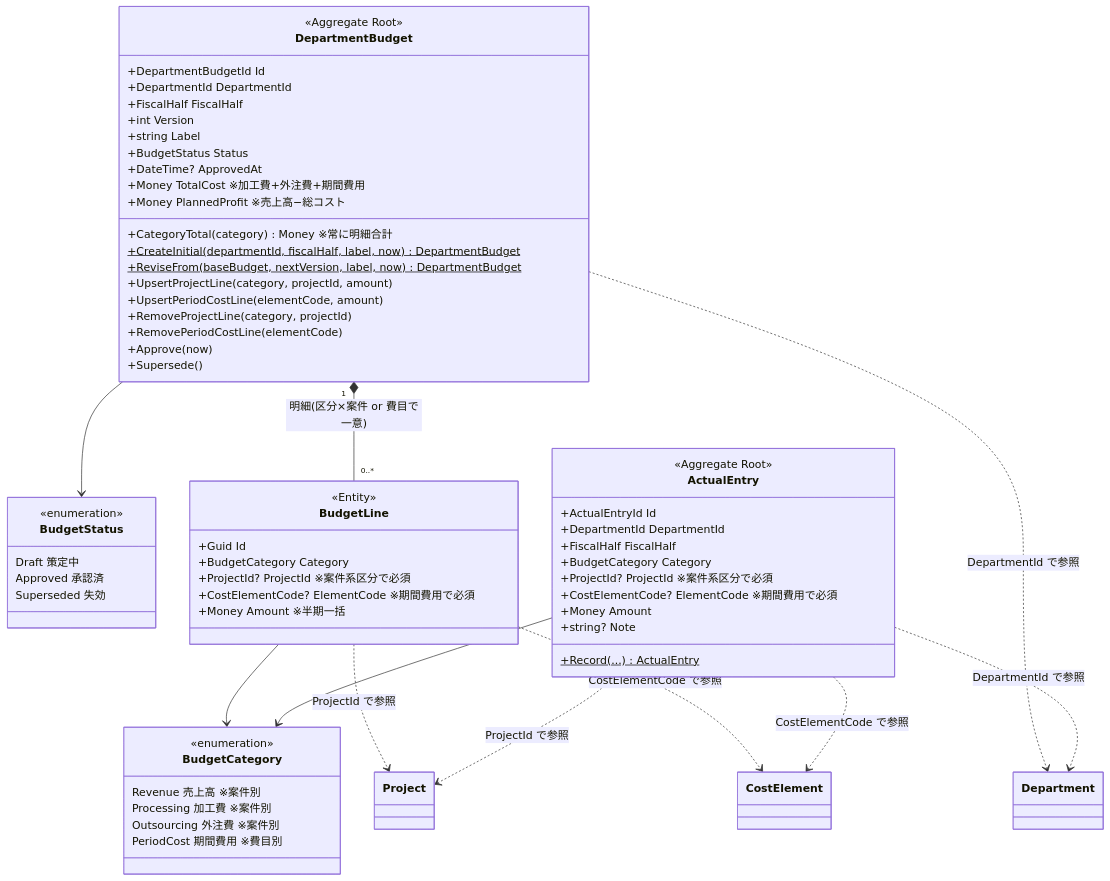
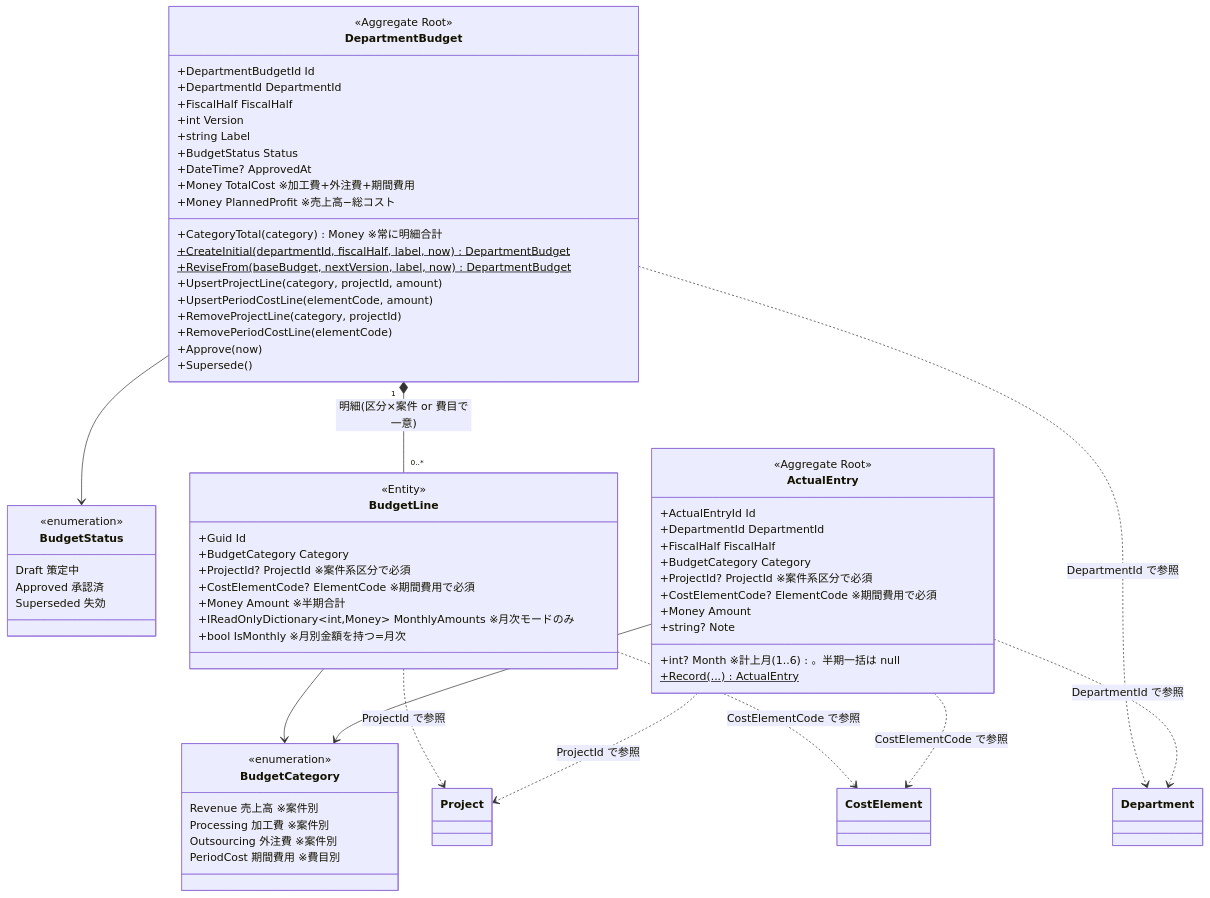
One commit to kyamanaka0923/fcpl-cost-management-system changed the seventh of 9 diagrams in docs/DESIGN.md. Above: the diagram before and after it, drawn with Mermaid. The commit also changed other lines of this file and 27 other files, not shown here.

````diff
--- a/docs/DESIGN.md
+++ b/docs/DESIGN.md
@@ -226,70 +226,73 @@
 ```mermaid
 classDiagram
     class BudgetStatus {
         <<enumeration>>
         Draft 策定中
         Approved 承認済
         Superseded 失効
     }
     class BudgetCategory {
         <<enumeration>>
         Revenue 売上高 ※案件別
         Processing 加工費 ※案件別
         Outsourcing 外注費 ※案件別
         PeriodCost 期間費用 ※費目別
     }
 
     class DepartmentBudget {
         <<Aggregate Root>>
         +DepartmentBudgetId Id
         +DepartmentId DepartmentId
         +FiscalHalf FiscalHalf
         +int Version
         +string Label
         +BudgetStatus Status
         +DateTime? ApprovedAt
         +CategoryTotal(category) Money ※常に明細合計
         +Money TotalCost ※加工費+外注費+期間費用
         +Money PlannedProfit ※売上高−総コスト
         +CreateInitial(departmentId, fiscalHalf, label, now) DepartmentBudget$
         +ReviseFrom(baseBudget, nextVersion, label, now) DepartmentBudget$
         +UpsertProjectLine(category, projectId, amount)
         +UpsertPeriodCostLine(elementCode, amount)
         +RemoveProjectLine(category, projectId)
         +RemovePeriodCostLine(elementCode)
         +Approve(now)
         +Supersede()
     }
     class BudgetLine {
         <<Entity>>
         +Guid Id
         +BudgetCategory Category
         +ProjectId? ProjectId ※案件系区分で必須
         +CostElementCode? ElementCode ※期間費用で必須
-        +Money Amount ※半期一括
+        +Money Amount ※半期合計
+        +IReadOnlyDictionary~int,Money~ MonthlyAmounts ※月次モードのみ
+        +bool IsMonthly ※月別金額を持つ=月次
     }
 
     class ActualEntry {
         <<Aggregate Root>>
         +ActualEntryId Id
         +DepartmentId DepartmentId
         +FiscalHalf FiscalHalf
         +BudgetCategory Category
         +ProjectId? ProjectId ※案件系区分で必須
         +CostElementCode? ElementCode ※期間費用で必須
+        +int? Month ※計上月(1..6)。半期一括は null
         +Money Amount
         +string? Note
         +Record(...) ActualEntry$
     }
 
     DepartmentBudget "1" *-- "0..*" BudgetLine : 明細(区分×案件 or 費目で一意)
     DepartmentBudget --> BudgetStatus
     BudgetLine --> BudgetCategory
     ActualEntry --> BudgetCategory
     DepartmentBudget ..> Department : DepartmentId で参照
     ActualEntry ..> Department : DepartmentId で参照
     BudgetLine ..> Project : ProjectId で参照
     BudgetLine ..> CostElement : CostElementCode で参照
     ActualEntry ..> Project : ProjectId で参照
     ActualEntry ..> CostElement : CostElementCode で参照
 ```
````
